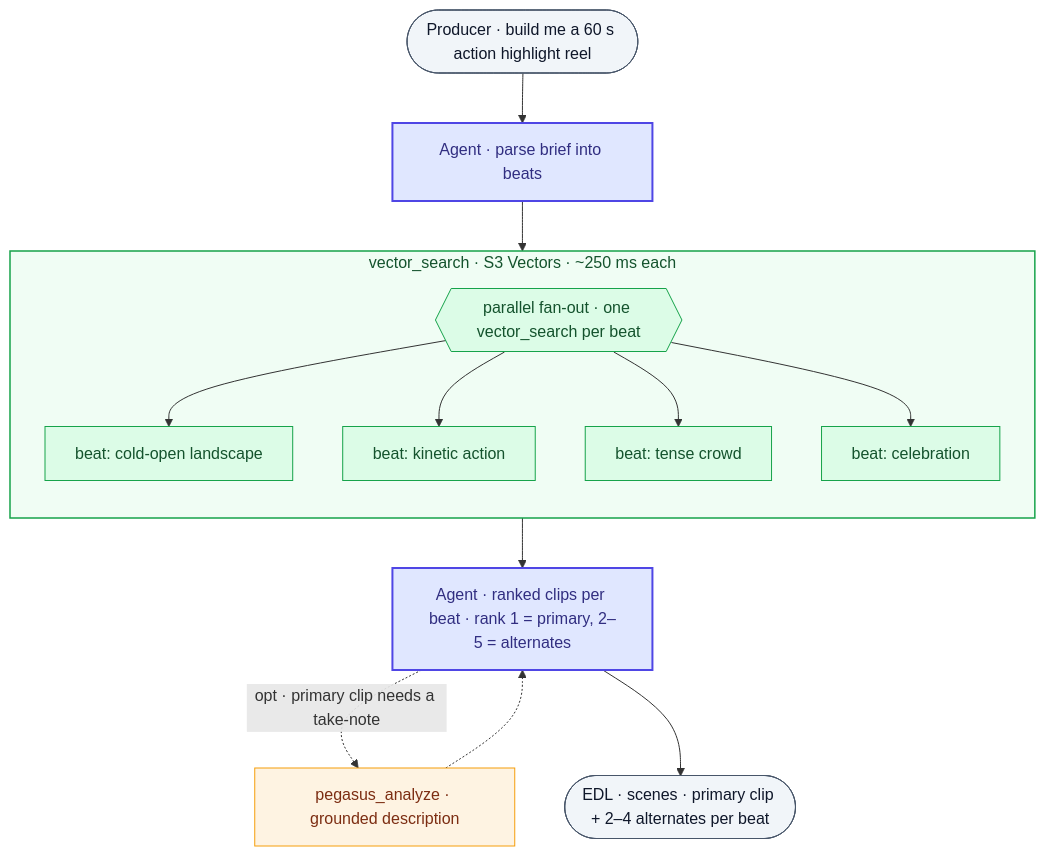
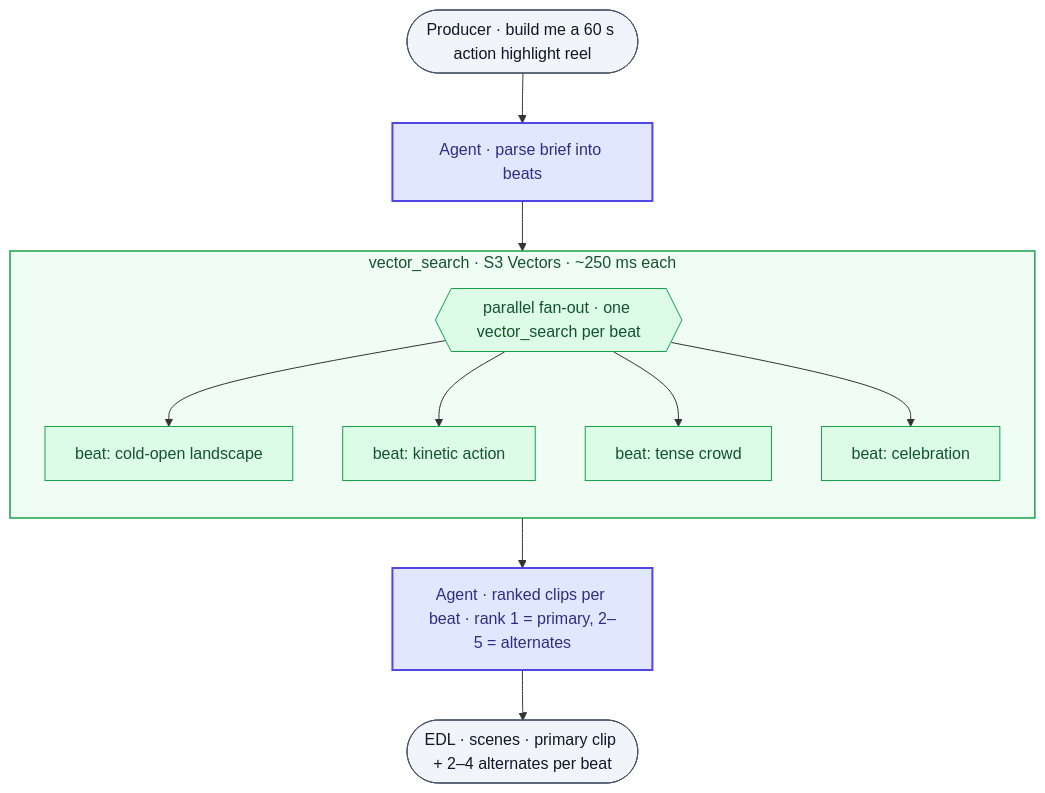
Before and after one commit to twelvelabs-io/tl-agentcore: the second of 4 diagrams in docs/whitepaper.md, drawn with Mermaid. The commit also changed other lines of this file, not shown here.

````diff
--- a/docs/whitepaper.md
+++ b/docs/whitepaper.md
@@ -110,31 +119,27 @@
 ```mermaid
 flowchart TD
     U(["Producer · build me a 60 s action highlight reel"]) --> A1[Agent · parse brief into beats]
 
     A1 --> VFan{{"parallel fan-out · one vector_search per beat"}}
 
     subgraph VS["vector_search · S3 Vectors · ~250 ms each"]
       direction TB
       VFan --> V1["beat: cold-open landscape"]
       VFan --> V2["beat: kinetic action"]
       VFan --> V3["beat: tense crowd"]
       VFan --> V4["beat: celebration"]
     end
 
     VS --> A2[Agent · ranked clips per beat · rank 1 = primary, 2–5 = alternates]
-    A2 -.->|"opt · primary clip needs a take-note"| P["pegasus_analyze · grounded description"]
-    P -.-> A2
     A2 --> O(["EDL · scenes · primary clip + 2–4 alternates per beat"])
 
     classDef retrieval fill:#dcfce7,stroke:#16a34a,color:#14532d
     classDef agent     fill:#e0e7ff,stroke:#4f46e5,stroke-width:2px,color:#312e81
-    classDef pegasus   fill:#fef3e2,stroke:#f59e0b,color:#7c2d12
     classDef io        fill:#f1f5f9,stroke:#475569,color:#0f172a
 
     class V1,V2,V3,V4,VFan retrieval
     class A1,A2 agent
-    class P pegasus
     class U,O io
 
     style VS fill:#f0fdf4,stroke:#16a34a,stroke-width:1.5px,color:#14532d
 ```
````
